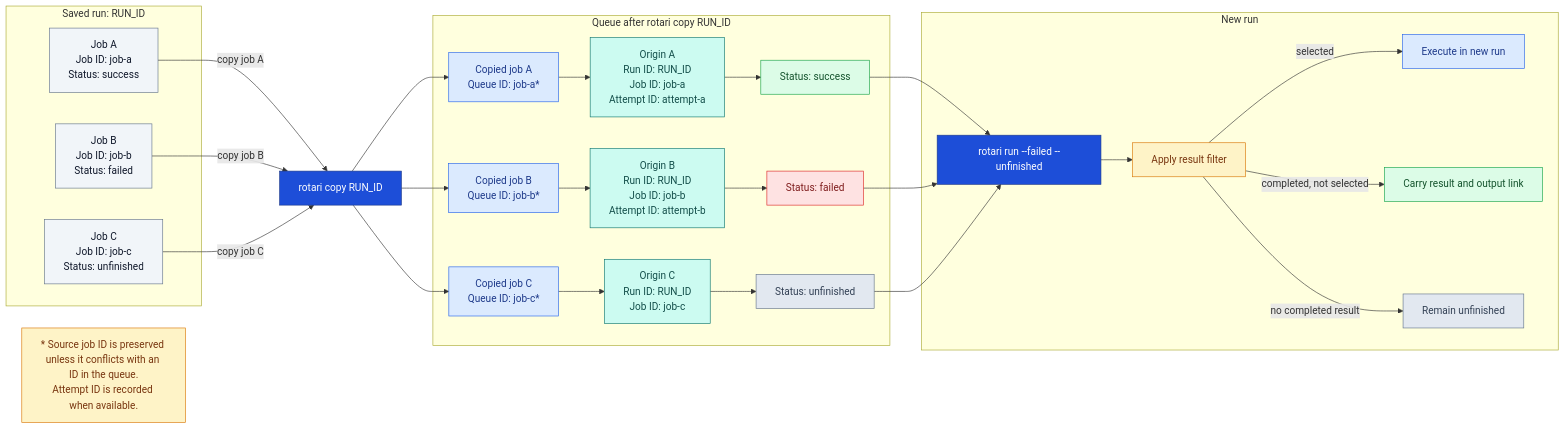
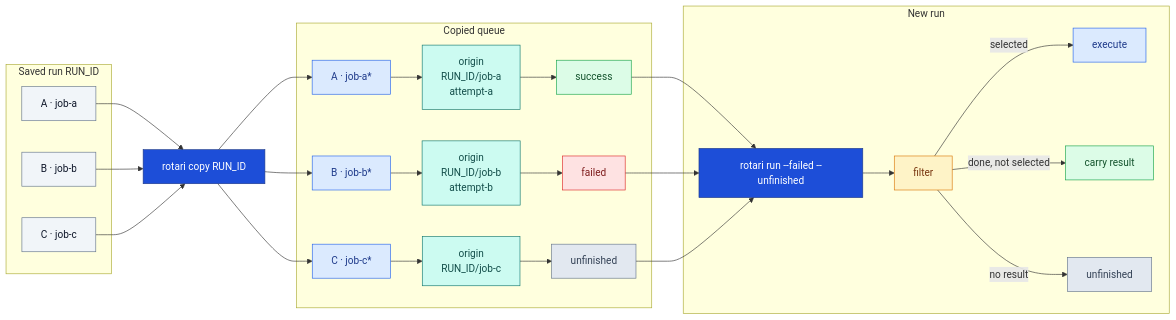
Before and after one commit to kamo-naoyuki/rotari: the first of 3 diagrams in docs/RUNNING.md, drawn with Mermaid. The commit also changed other lines of this file, not shown here.

Commit message:
docs: shorten rerun mermaid labels

````diff
--- a/docs/RUNNING.md
+++ b/docs/RUNNING.md
@@ -178,70 +178,66 @@
 ```mermaid
 flowchart LR
-  subgraph SavedRun["Saved run: RUN_ID"]
-    SourceA["Job A<br/>Job ID: job-a<br/>Status: success"]
-    SourceB["Job B<br/>Job ID: job-b<br/>Status: failed"]
-    SourceC["Job C<br/>Job ID: job-c<br/>Status: unfinished"]
+  subgraph SavedRun["Saved run RUN_ID"]
+    SourceA["A · job-a"]
+    SourceB["B · job-b"]
+    SourceC["C · job-c"]
   end
 
   CopyCmd["rotari copy RUN_ID"]
 
-  subgraph CurrentQueue["Queue after rotari copy RUN_ID"]
-    CopiedA["Copied job A<br/>Queue ID: job-a*"]
-    OriginA["Origin A<br/>Run ID: RUN_ID<br/>Job ID: job-a<br/>Attempt ID: attempt-a"]
-    StatusA["Status: success"]
-    CopiedB["Copied job B<br/>Queue ID: job-b*"]
-    OriginB["Origin B<br/>Run ID: RUN_ID<br/>Job ID: job-b<br/>Attempt ID: attempt-b"]
-    StatusB["Status: failed"]
-    CopiedC["Copied job C<br/>Queue ID: job-c*"]
-    OriginC["Origin C<br/>Run ID: RUN_ID<br/>Job ID: job-c"]
-    StatusC["Status: unfinished"]
+  subgraph CurrentQueue["Copied queue"]
+    CopiedA["A · job-a*"]
+    OriginA["origin<br/>RUN_ID/job-a<br/>attempt-a"]
+    StatusA["success"]
+    CopiedB["B · job-b*"]
+    OriginB["origin<br/>RUN_ID/job-b<br/>attempt-b"]
+    StatusB["failed"]
+    CopiedC["C · job-c*"]
+    OriginC["origin<br/>RUN_ID/job-c"]
+    StatusC["unfinished"]
     CopiedA --> OriginA --> StatusA
     CopiedB --> OriginB --> StatusB
     CopiedC --> OriginC --> StatusC
   end
 
-  SourceA -->|"copy job A"| CopyCmd
-  SourceB -->|"copy job B"| CopyCmd
-  SourceC -->|"copy job C"| CopyCmd
+  SourceA --> CopyCmd
+  SourceB --> CopyCmd
+  SourceC --> CopyCmd
   CopyCmd --> CopiedA
   CopyCmd --> CopiedB
   CopyCmd --> CopiedC
 
   subgraph NewRun["New run"]
     RunCmd["rotari run --failed --unfinished"]
-    Filter["Apply result filter"]
+    Filter["filter"]
     RunCmd --> Filter
-    Filter -->|"selected"| Execute["Execute in new run"]
-    Filter -->|"completed, not selected"| Carry["Carry result and output link"]
-    Filter -->|"no completed result"| Unfinished["Remain unfinished"]
+    Filter -->|"selected"| Execute["execute"]
+    Filter -->|"done, not selected"| Carry["carry result"]
+    Filter -->|"no result"| Unfinished["unfinished"]
   end
   StatusA --> RunCmd
   StatusB --> RunCmd
   StatusC --> RunCmd
-
-  Note["* Source job ID is preserved unless it conflicts with an ID in the queue.<br/>Attempt ID is recorded when available."]
 
   classDef source fill:#f1f5f9,stroke:#64748b,color:#0f172a
   classDef queue fill:#dbeafe,stroke:#2563eb,color:#1e3a8a
   classDef origin fill:#ccfbf1,stroke:#0f766e,color:#134e4a
   classDef filter fill:#fef3c7,stroke:#d97706,color:#78350f
   classDef execute fill:#dbeafe,stroke:#2563eb,color:#1e3a8a
   classDef carried fill:#dcfce7,stroke:#16a34a,color:#14532d
   classDef unfinished fill:#e2e8f0,stroke:#64748b,color:#334155
-  classDef note fill:#fef3c7,stroke:#d97706,color:#78350f
+  classDef command fill:#1d4ed8,stroke:#1e3a8a,color:#ffffff
   classDef success fill:#dcfce7,stroke:#16a34a,color:#14532d
   classDef failed fill:#fee2e2,stroke:#dc2626,color:#7f1d1d
-  classDef command fill:#1d4ed8,stroke:#1e3a8a,color:#ffffff
   class SourceA,SourceB,SourceC source
   class CopiedA,CopiedB,CopiedC queue
   class OriginA,OriginB,OriginC origin
   class StatusA success
   class StatusB failed
   class StatusC unfinished
-  class Note note
   class CopyCmd,RunCmd command
   class Filter filter
   class Execute execute
   class Carry carried
   class Unfinished unfinished
 ```
````
